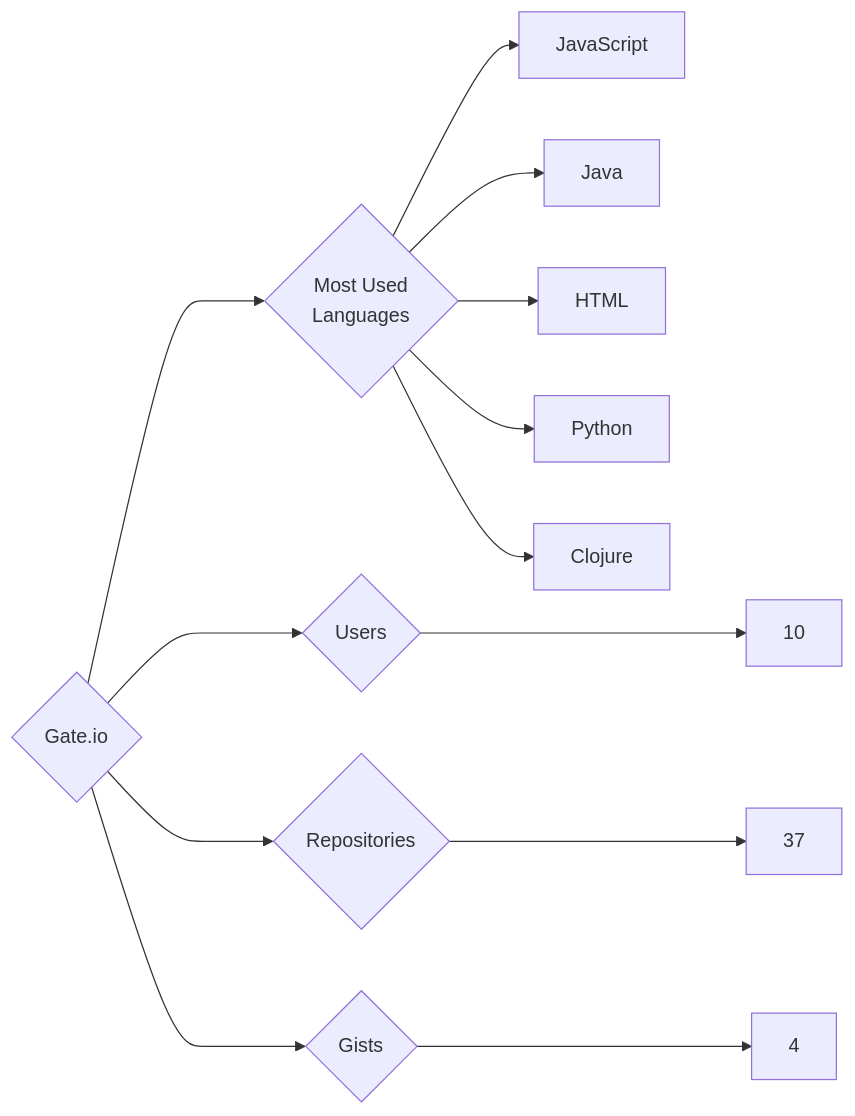
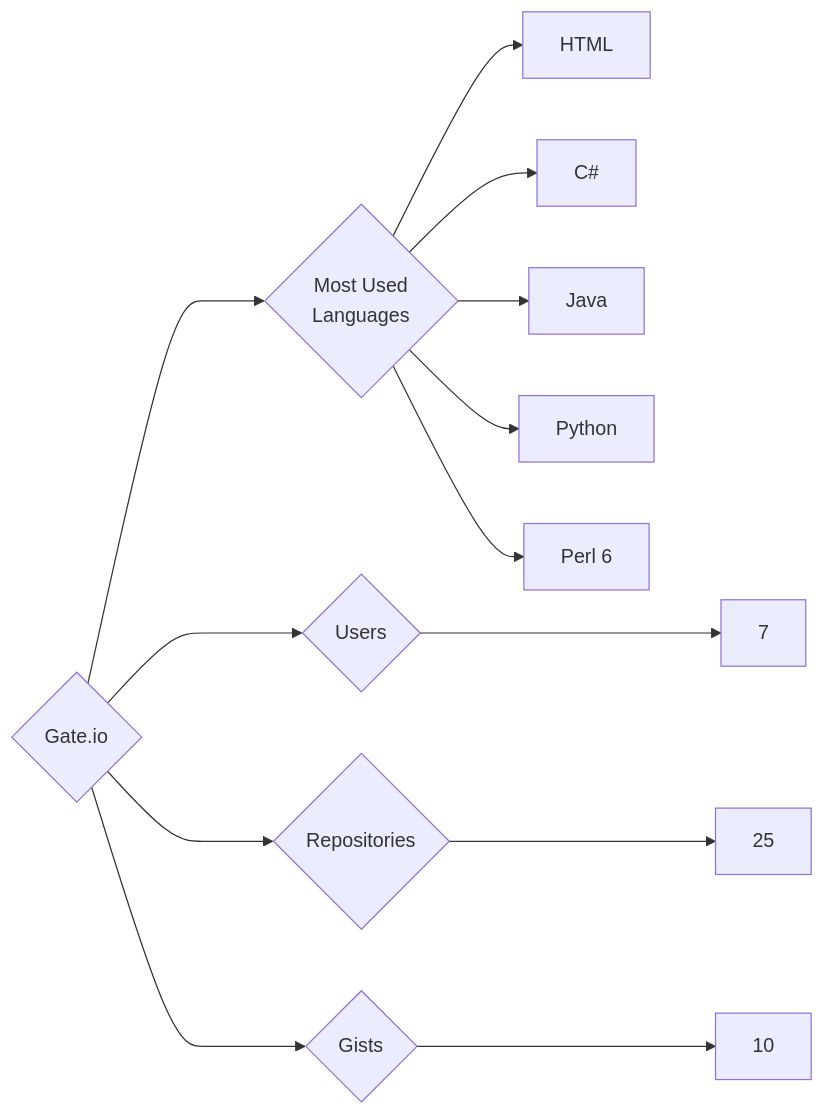
The diagram in targets/Gate.io/README.md (trickest/insiders), drawn with Mermaid before and after one commit. The commit also changed 1092 other files, not shown here.

````diff
--- a/targets/Gate.io/README.md
+++ b/targets/Gate.io/README.md
@@ -3,13 +3,13 @@
 ```mermaid
 graph LR
 COMPANY_NAME{Gate.io}
-COMPANY_NAME ---> U{Users} ---> UN[10]
-COMPANY_NAME ---> R{Repositories} ---> RN[37]
-COMPANY_NAME ---> G{Gists} ---> GN[4]
+COMPANY_NAME ---> U{Users} ---> UN[7]
+COMPANY_NAME ---> R{Repositories} ---> RN[25]
+COMPANY_NAME ---> G{Gists} ---> GN[10]
 COMPANY_NAME ---> ML{Most Used<br>Languages}
-ML --> JavaScript[JavaScript]
+ML --> HTML[HTML]
+ML --> C#[C#]
 ML --> Java[Java]
-ML --> HTML[HTML]
 ML --> Python[Python]
-ML --> Clojure[Clojure]
+ML --> Perl_6[Perl 6]
 ```
````
